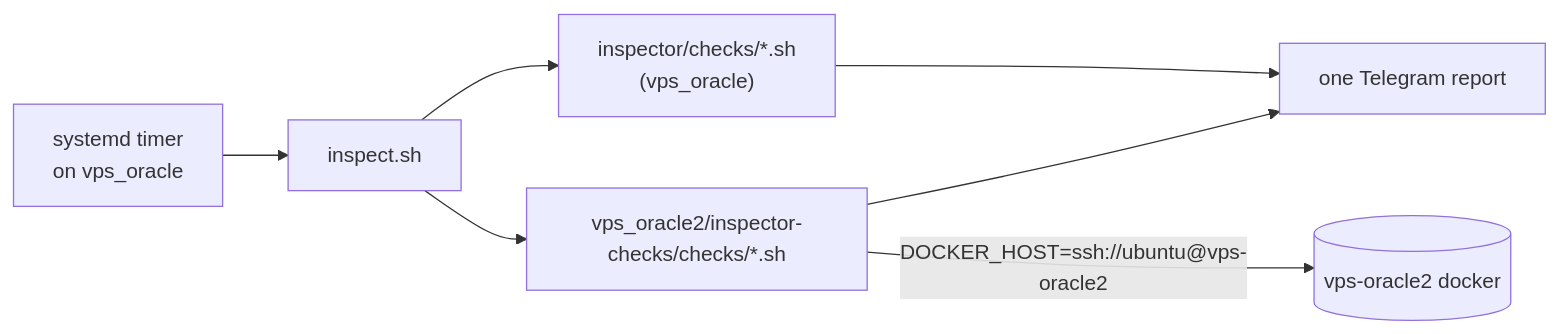
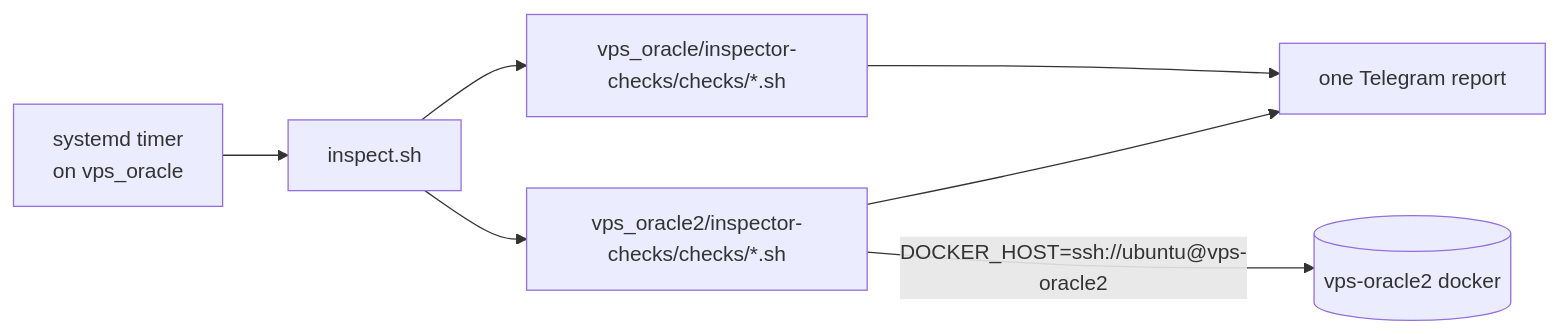
Before and after one commit to Jeromefromcn/docker-gitops: the diagram in vps_oracle2/inspector-checks/README.md, drawn with Mermaid. The commit also changed other lines of this file and 40 other files, not shown here.

````diff
--- a/vps_oracle2/inspector-checks/README.md
+++ b/vps_oracle2/inspector-checks/README.md
@@ -7,9 +7,9 @@
 ```mermaid
 flowchart LR
   T[systemd timer<br/>on vps_oracle] --> I[inspect.sh]
-  I --> L["inspector/checks/*.sh<br/>(vps_oracle)"]
+  I --> L["vps_oracle/inspector-checks/checks/*.sh"]
   I --> R["vps_oracle2/inspector-checks/checks/*.sh"]
   R -- "DOCKER_HOST=ssh://ubuntu@vps-oracle2" --> O[(vps-oracle2 docker)]
   L --> TG[one Telegram report]
   R --> TG
 ```
````
